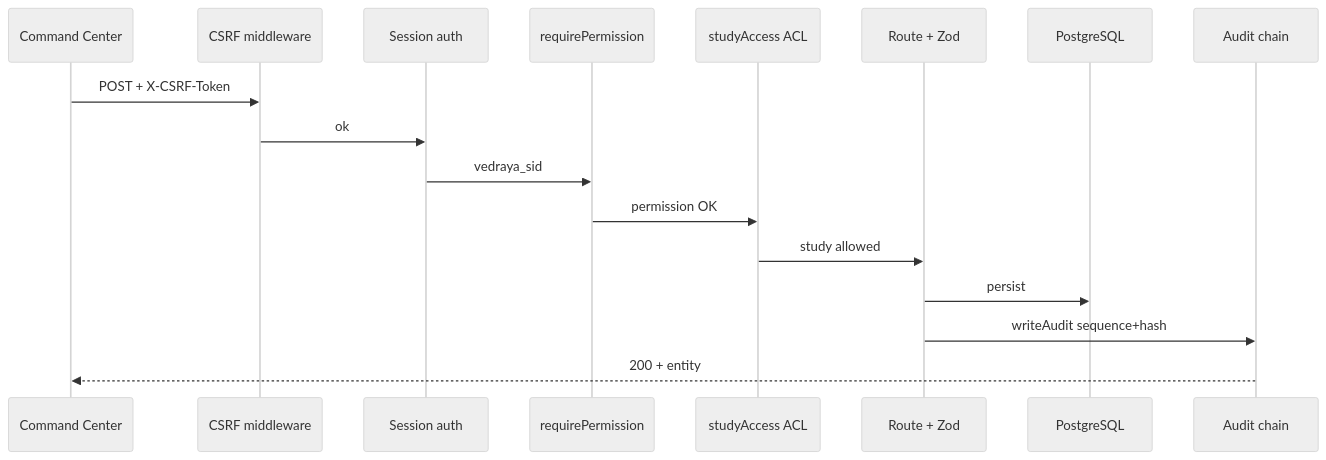
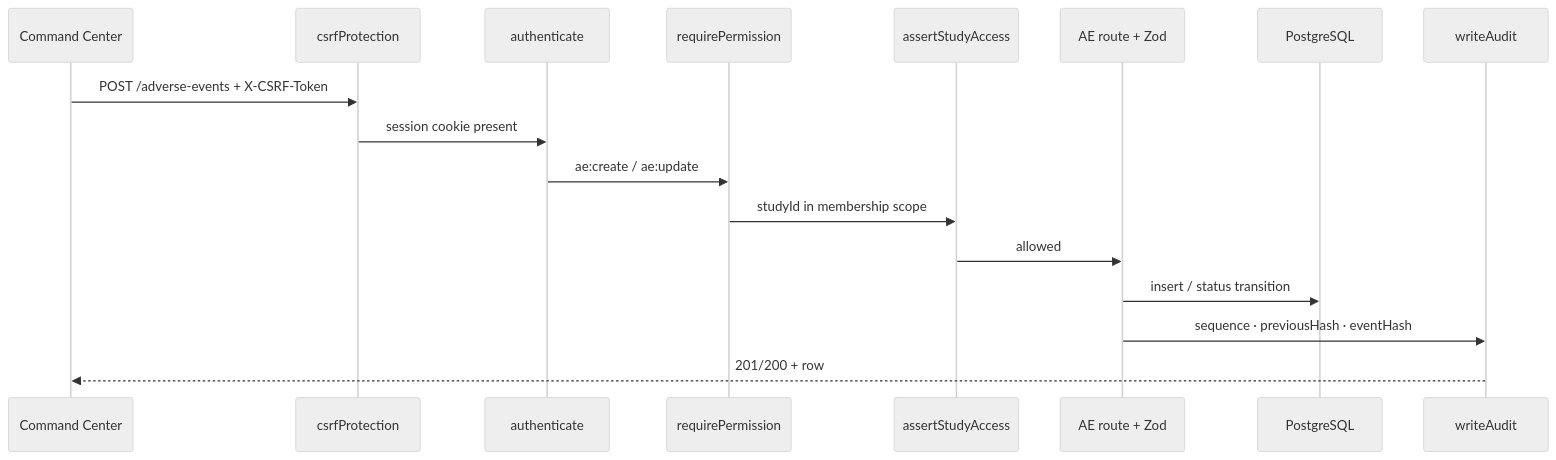
The second of 3 diagrams in README.md (nishant-uxs/vedraya), drawn with Mermaid (neutral theme) before and after one commit. The commit also changed other lines of this file, not shown here.

````diff
--- a/README.md
+++ b/README.md
@@ -65,20 +138,20 @@
 ```mermaid
 sequenceDiagram
   participant UI as Command Center
-  participant CSRF as CSRF middleware
-  participant Auth as Session auth
+  participant CSRF as csrfProtection
+  participant Auth as authenticate
   participant Perm as requirePermission
-  participant Scope as studyAccess ACL
-  participant Svc as Route + Zod
+  participant ACL as assertStudyAccess
+  participant API as AE route + Zod
   participant DB as PostgreSQL
-  participant A as Audit chain
+  participant AUD as writeAudit
 
-  UI->>CSRF: POST + X-CSRF-Token
-  CSRF->>Auth: ok
-  Auth->>Perm: vedraya_sid
-  Perm->>Scope: permission OK
-  Scope->>Svc: study allowed
-  Svc->>DB: persist
-  Svc->>A: writeAudit sequence+hash
-  A-->>UI: 200 + entity
+  UI->>CSRF: POST /adverse-events + X-CSRF-Token
+  CSRF->>Auth: session cookie present
+  Auth->>Perm: ae:create / ae:update
+  Perm->>ACL: studyId in membership scope
+  ACL->>API: allowed
+  API->>DB: insert / status transition
+  API->>AUD: sequence · previousHash · eventHash
+  AUD-->>UI: 201/200 + row
 ```
````
